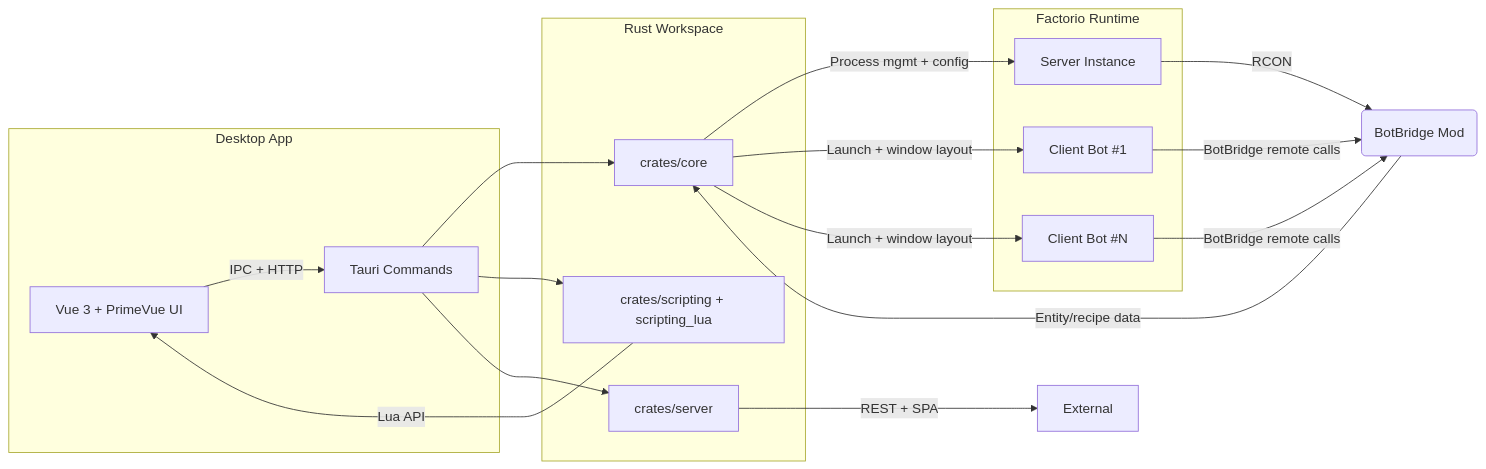
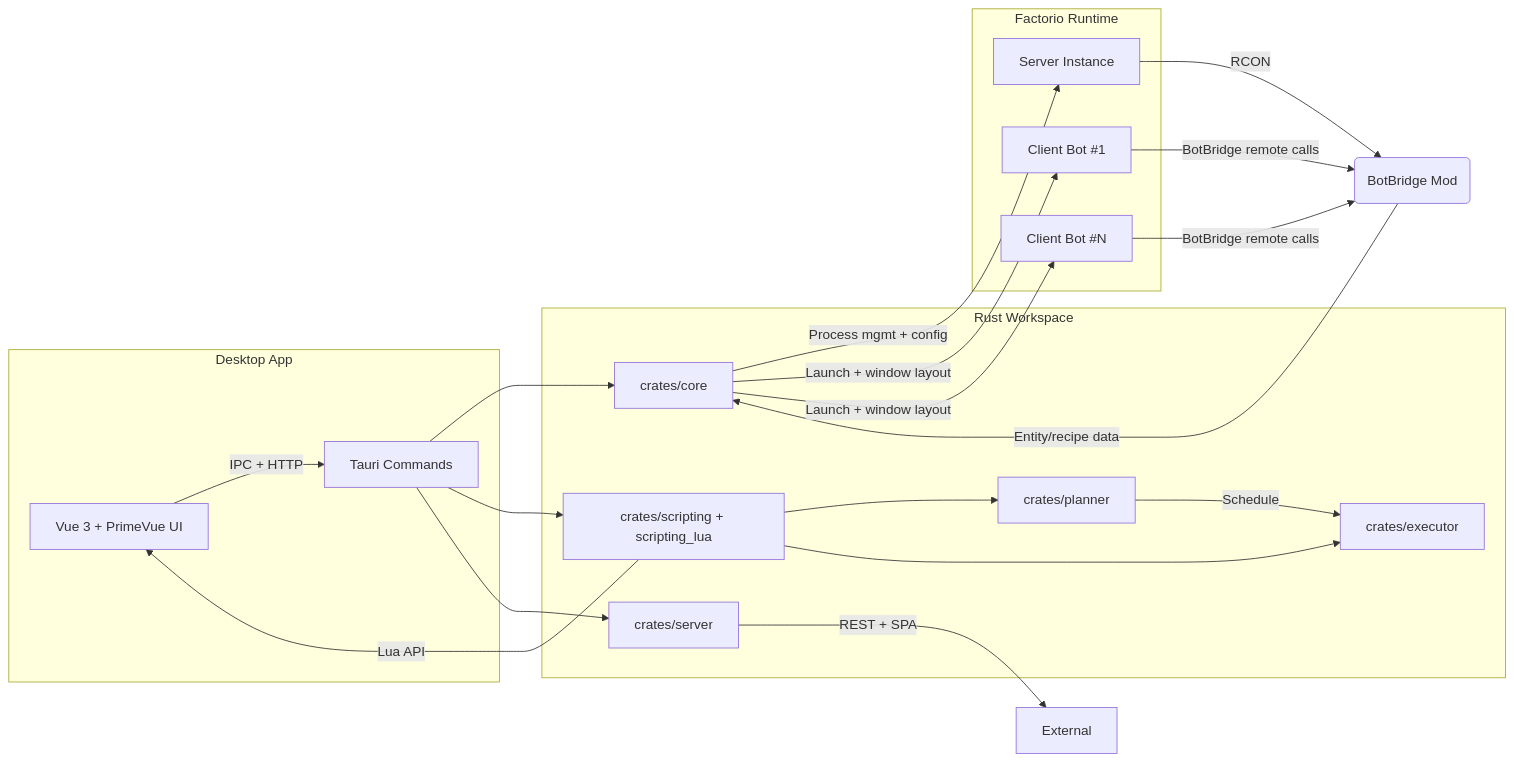
One commit to arturh85/factorio-bot changed the first of 2 diagrams in docs/devguide/architecture.md. Above: the diagram before and after it, drawn with Mermaid. The commit also changed other lines of this file and 4 other files, not shown here.

````diff
--- a/docs/devguide/architecture.md
+++ b/docs/devguide/architecture.md
@@ -7,25 +7,28 @@
 ```mermaid
 graph LR
     subgraph Desktop App
         A[Vue 3 + PrimeVue UI] -->|IPC + HTTP| B[Tauri Commands]
     end
     subgraph Rust Workspace
         B --> C[crates/core]
         B --> D[crates/scripting + scripting_lua]
         B --> E[crates/server]
+        D --> P[crates/planner]
+        D --> X[crates/executor]
+        P -->|Schedule| X
     end
     subgraph Factorio Runtime
         F[Server Instance]
         G[Client Bot #1]
         H[Client Bot #N]
     end
     C -->|Process mgmt + config| F
     C -->|Launch + window layout| G
     C -->|Launch + window layout| H
     F -->|RCON| I(BotBridge Mod)
     G -->|BotBridge remote calls| I
     H -->|BotBridge remote calls| I
     I -->|Entity/recipe data| C
     D -->|Lua API| A
     E -->|REST + SPA| External
 ```
````
